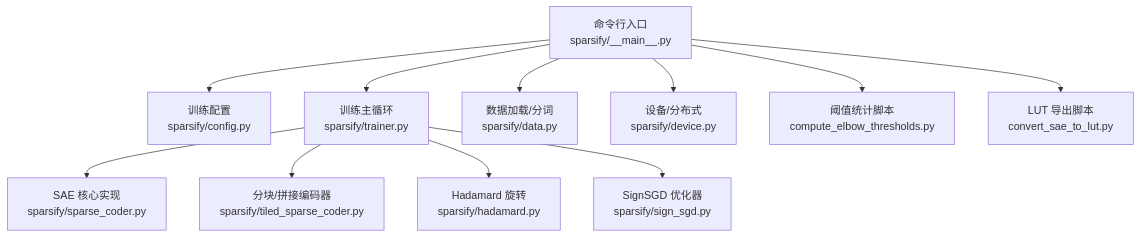
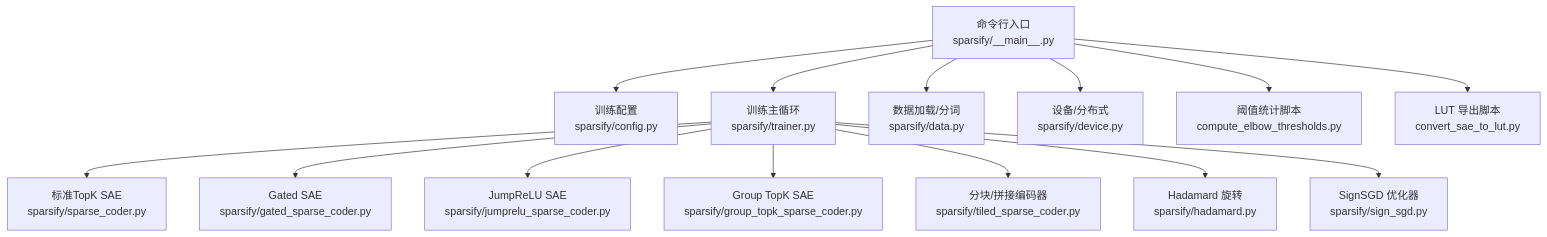
One commit to duanzhaol/sparsify changed the first of 3 diagrams in .qoder/repowiki/zh/content/快速开始.md. Above: the diagram before and after it, drawn with Mermaid. The commit also changed other lines of this file and 5 other files, not shown here.

````diff
--- a/.qoder/repowiki/zh/content/快速开始.md
+++ b/.qoder/repowiki/zh/content/快速开始.md
@@ -52,13 +62,16 @@
 ```mermaid
 graph TB
 A["命令行入口<br/>sparsify/__main__.py"] --> B["训练配置<br/>sparsify/config.py"]
 A --> C["训练主循环<br/>sparsify/trainer.py"]
 A --> D["数据加载/分词<br/>sparsify/data.py"]
 A --> E["设备/分布式<br/>sparsify/device.py"]
-C --> F["SAE 核心实现<br/>sparsify/sparse_coder.py"]
-C --> G["分块/拼接编码器<br/>sparsify/tiled_sparse_coder.py"]
-C --> H["Hadamard 旋转<br/>sparsify/hadamard.py"]
-C --> I["SignSGD 优化器<br/>sparsify/sign_sgd.py"]
-A --> J["阈值统计脚本<br/>compute_elbow_thresholds.py"]
-A --> K["LUT 导出脚本<br/>convert_sae_to_lut.py"]
+C --> F["标准TopK SAE<br/>sparsify/sparse_coder.py"]
+C --> G["Gated SAE<br/>sparsify/gated_sparse_coder.py"]
+C --> H["JumpReLU SAE<br/>sparsify/jumprelu_sparse_coder.py"]
+C --> I["Group TopK SAE<br/>sparsify/group_topk_sparse_coder.py"]
+C --> J["分块/拼接编码器<br/>sparsify/tiled_sparse_coder.py"]
+C --> K["Hadamard 旋转<br/>sparsify/hadamard.py"]
+C --> L["SignSGD 优化器<br/>sparsify/sign_sgd.py"]
+A --> M["阈值统计脚本<br/>compute_elbow_thresholds.py"]
+A --> N["LUT 导出脚本<br/>convert_sae_to_lut.py"]
 ```
````
